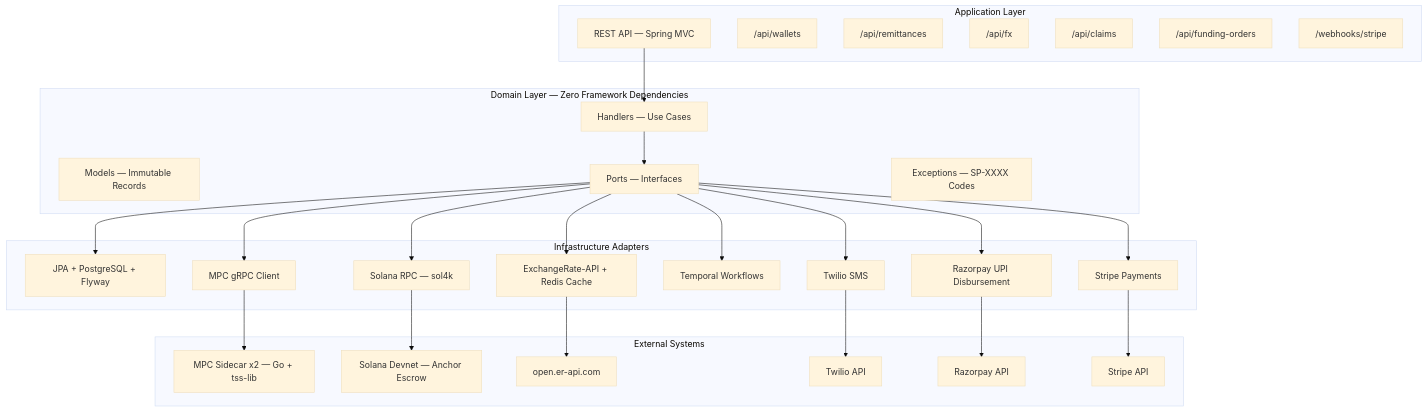
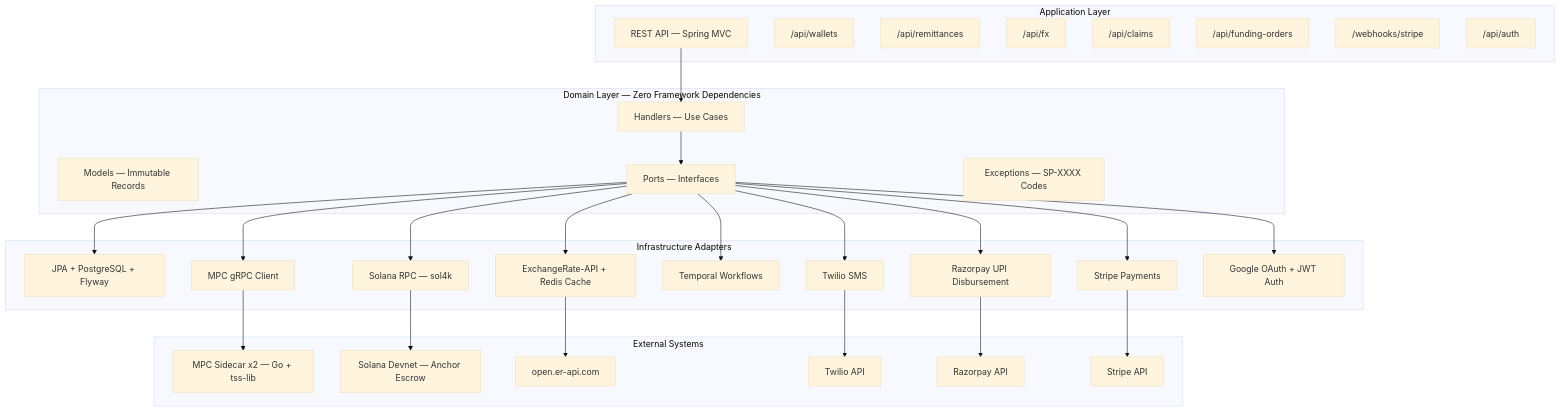
Before and after one commit to Puneethkumarck/stablepay-hackathon: the first of 11 diagrams in README.md, drawn with Mermaid (base theme). The commit also changed other lines of this file and 10 other files, not shown here.

First line of the commit message:
feat(STA-104): update README with architecture images, extract Solana accounting model, auth-aware e2e script

````diff
--- a/README.md
+++ b/README.md
@@ -50,56 +54,59 @@
 ```mermaid
 graph TB
     subgraph "Application Layer"
         A[REST API — Spring MVC]
         A1["/api/wallets"]
         A2["/api/remittances"]
         A3["/api/fx"]
         A4["/api/claims"]
         A5["/api/funding-orders"]
         A6["/webhooks/stripe"]
+        A7["/api/auth"]
     end
 
     subgraph "Domain Layer — Zero Framework Dependencies"
         B[Handlers — Use Cases]
         C[Models — Immutable Records]
         D[Ports — Interfaces]
         E[Exceptions — SP-XXXX Codes]
     end
 
     subgraph "Infrastructure Adapters"
         F[JPA + PostgreSQL + Flyway]
         G[MPC gRPC Client]
         H[Solana RPC — sol4k]
         I[ExchangeRate-API + Redis Cache]
         J[Temporal Workflows]
         K[Twilio SMS]
         L[Razorpay UPI Disbursement]
         S[Stripe Payments]
+        T[Google OAuth + JWT Auth]
     end
 
     subgraph "External Systems"
         M[MPC Sidecar x2 — Go + tss-lib]
         N[Solana Devnet — Anchor Escrow]
         O[open.er-api.com]
         P[Twilio API]
         Q[Razorpay API]
         R[Stripe API]
     end
 
     A --> B
     B --> D
     D --> F
     D --> G
     D --> H
     D --> I
     D --> J
     D --> K
     D --> L
     D --> S
+    D --> T
     G --> M
     H --> N
     I --> O
     K --> P
     L --> Q
     S --> R
 ```
````
